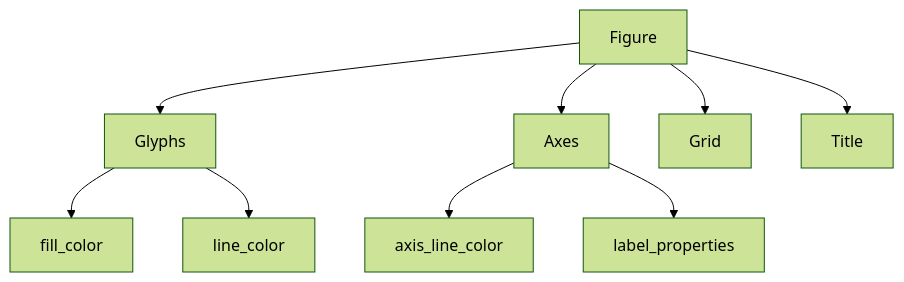
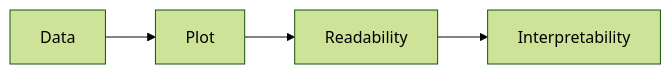
One commit to Balasubramanian-pg/MSC.-Data-Science-AI changed the diagram in Trimester 1/Data Visualization & Storytelling/W10 - Module 4c. Python Bokeh package/L29/Decorating the Visuals/Most Important Takeaway.md. Above: the diagram before and after it, drawn with Mermaid (forest theme). The commit also changed other lines of this file, not shown here.

````diff
--- a/Trimester 1/Data Visualization & Storytelling/W10 - Module 4c. Python Bokeh package/L29/Decorating the Visuals/Most Important Takeaway.md
+++ b/Trimester 1/Data Visualization & Storytelling/W10 - Module 4c. Python Bokeh package/L29/Decorating the Visuals/Most Important Takeaway.md
@@ -5,15 +5,11 @@
 ```mermaid
-flowchart TD
-    A[Figure]
-    
-    A --> B[Glyphs]
-    A --> C[Axes]
-    A --> D[Grid]
-    A --> E[Title]
+flowchart LR
+    A[Data]
+    B[Plot]
+    C[Readability]
+    D[Interpretability]
 
-    B --> F[fill_color]
-    B --> G[line_color]
-
-    C --> H[axis_line_color]
-    C --> I[label_properties]
+    A --> B
+    B --> C
+    C --> D
 ```
````
